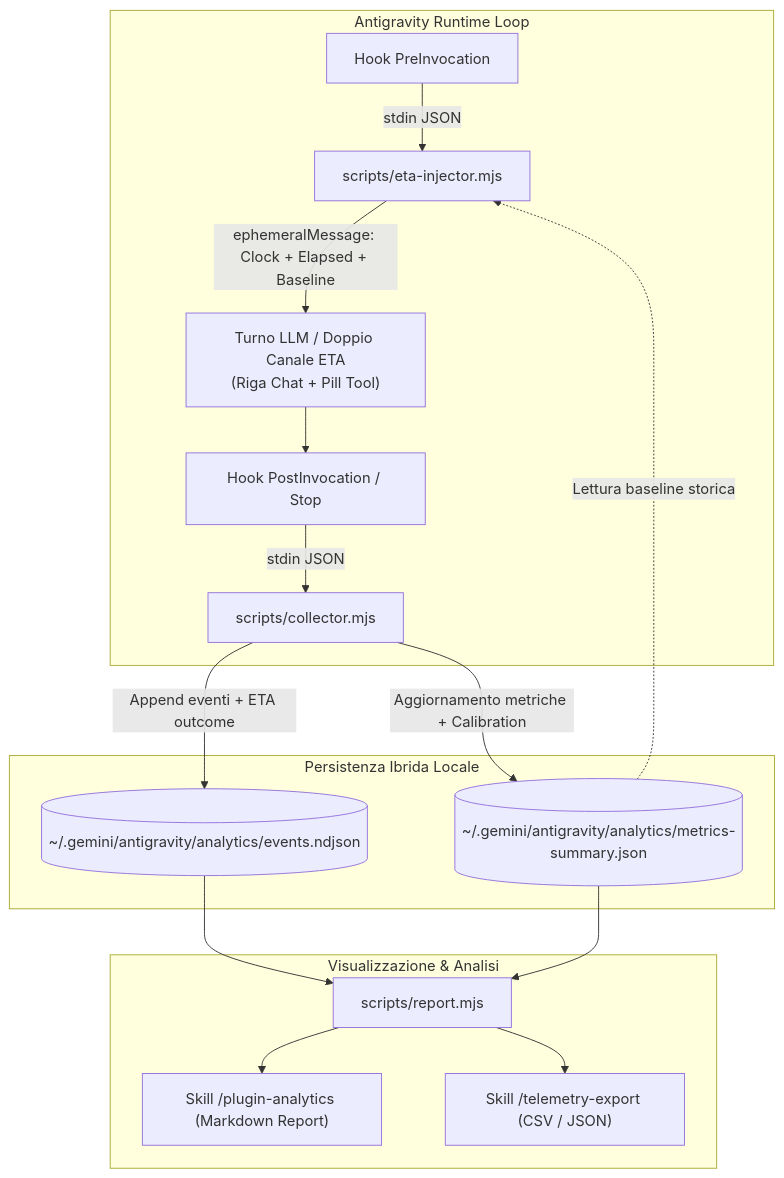
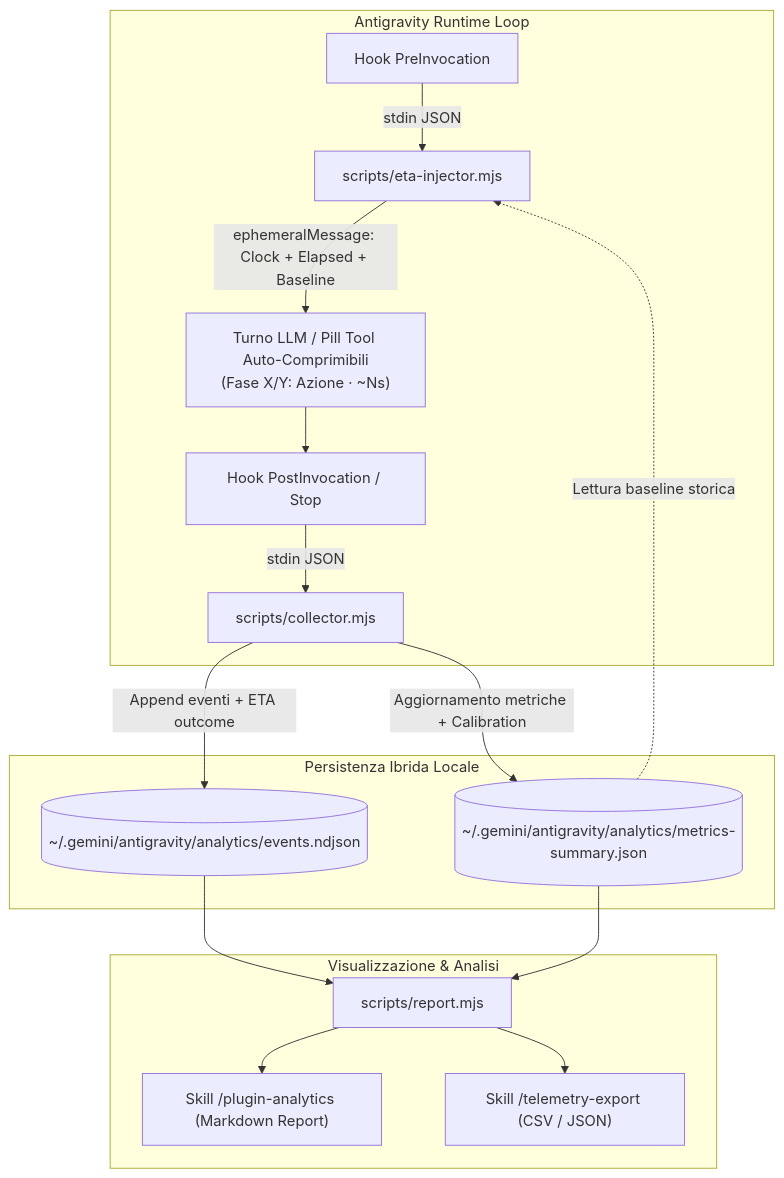
One commit to alessandroame/antigravity-plugins changed the diagram in plugins/telemetry-analytics/README.md. Above: the diagram before and after it, drawn with Mermaid. The commit also changed other lines of this file and 8 other files, not shown here.

Commit message:
feat(telemetry-analytics): switch in-flight ETA to auto-collapsing tool pills (v1.2.0)

````diff
--- a/plugins/telemetry-analytics/README.md
+++ b/plugins/telemetry-analytics/README.md
@@ -20,22 +20,22 @@
 ```mermaid
 flowchart TD
     subgraph AntigravityRuntime["Antigravity Runtime Loop"]
         PreInv["Hook PreInvocation"] -->|stdin JSON| EtaInj["scripts/eta-injector.mjs"]
-        EtaInj -->|ephemeralMessage: Clock + Elapsed + Baseline| Turn["Turno LLM / Doppio Canale ETA<br/>(Riga Chat + Pill Tool)"]
+        EtaInj -->|ephemeralMessage: Clock + Elapsed + Baseline| Turn["Turno LLM / Pill Tool Auto-Comprimibili<br/>(Fase X/Y: Azione · ~Ns)"]
         Turn --> PostInv["Hook PostInvocation / Stop"]
         PostInv -->|stdin JSON| Collector["scripts/collector.mjs"]
     end
 
     subgraph StorageLayer["Persistenza Ibrida Locale"]
         Collector -->|Append eventi + ETA outcome| NDJSON[("~/.gemini/antigravity/analytics/events.ndjson")]
         Collector -->|Aggiornamento metriche + Calibration| Summary[("~/.gemini/antigravity/analytics/metrics-summary.json")]
         Summary -.->|Lettura baseline storica| EtaInj
     end
 
     subgraph ReportingLayer["Visualizzazione & Analisi"]
         NDJSON --> Report["scripts/report.mjs"]
         Summary --> Report
         Report --> Skill1["Skill /plugin-analytics (Markdown Report)"]
         Report --> Skill2["Skill /telemetry-export (CSV / JSON)"]
     end
 ```
````
